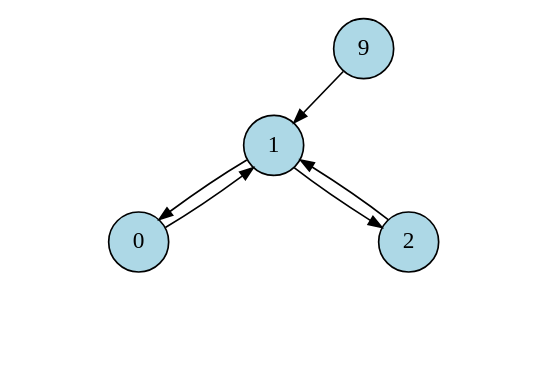
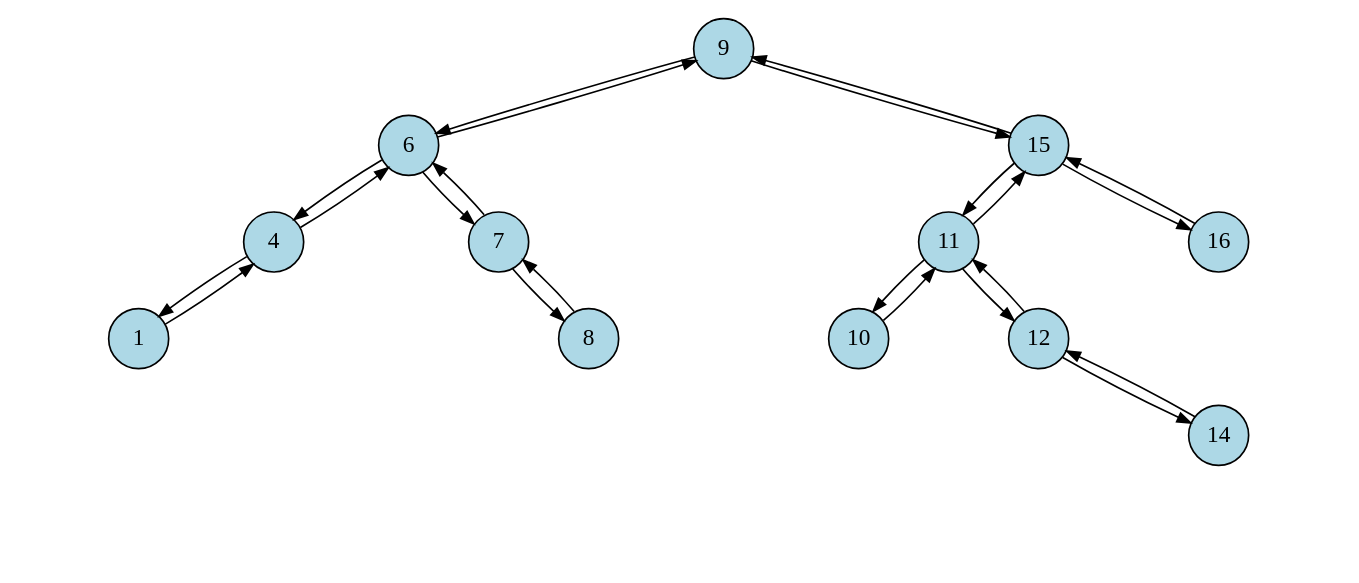
Before and after one commit to mahlen007/oopython: the diagram in kmom07/tree/tree.dot, drawn with Graphviz. The commit also changed 7 other files, not shown here.

```diff
--- a/kmom07/tree/tree.dot
+++ b/kmom07/tree/tree.dot
@@ -16,103 +16,306 @@
   color=black
 ];
 
-140643253731824 [
+139723722818032 [
   label="9"
 ];
-140643253731568 [
+139723722817936 [
+  label="6"
+];
+139723722817872 [
+  label="4"
+];
+139723722817776 [
   label="1"
 ];
-140643253731536 [
-  label="0"
-];
-140643249074352 [
+139723718065264 [
   label="i1"
   style="invis"
 ];
-140643249078192 [
+139723718058736 [
   label="i2"
   style="invis"
 ];
-140643249074032 [
+139723718056624 [
   label="i3"
   style="invis"
 ];
-140643249073200 [
+139723718060976 [
   label="i4"
   style="invis"
 ];
-140643253731600 [
-  label="2"
-];
-140643249076592 [
+139723718054000 [
   label="i5"
   style="invis"
 ];
-140643249075120 [
+139723718057136 [
   label="i6"
   style="invis"
 ];
-140643249076656 [
+139723722817968 [
+  label="7"
+];
+139723718057776 [
   label="i7"
   style="invis"
 ];
-140643249068720 [
+139723718054064 [
   label="i8"
   style="invis"
 ];
-140643249073520 [
+139723722818000 [
+  label="8"
+];
+139723718056432 [
   label="i9"
   style="invis"
 ];
-140643253731536 -> 140643253731568 [
+139723718055472 [
+  label="i10"
+  style="invis"
+];
+139723718064048 [
+  label="i11"
+  style="invis"
+];
+139723718062576 [
+  label="i12"
+  style="invis"
+];
+139723722818224 [
+  label="15"
+];
+139723722818096 [
+  label="11"
+];
+139723722818064 [
+  label="10"
+];
+139723718053936 [
+  label="i13"
+  style="invis"
+];
+139723718058224 [
+  label="i14"
+  style="invis"
+];
+139723718059504 [
+  label="i15"
+  style="invis"
+];
+139723718052400 [
+  label="i16"
+  style="invis"
+];
+139723722818128 [
+  label="12"
+];
+139723718053616 [
+  label="i17"
+  style="invis"
+];
+139723718056816 [
+  label="i18"
+  style="invis"
+];
+139723722818192 [
+  label="14"
+];
+139723718062064 [
+  label="i19"
+  style="invis"
+];
+139723718065712 [
+  label="i20"
+  style="invis"
+];
+139723718063024 [
+  label="i21"
+  style="invis"
+];
+139723718064240 [
+  label="i22"
+  style="invis"
+];
+139723722818256 [
+  label="16"
+];
+139723718051056 [
+  label="i23"
+  style="invis"
+];
+139723718062448 [
+  label="i24"
+  style="invis"
+];
+139723718063152 [
+  label="i25"
+  style="invis"
+];
+139723722817936 -> 139723722818032 [
 
 ];
-140643253731536 -> 140643249074352 [
+139723722817872 -> 139723722817936 [
+
+];
+139723722817776 -> 139723722817872 [
+
+];
+139723722817776 -> 139723718065264 [
   style="invis"
   weight="5"
 ];
-140643253731536 -> 140643249078192 [
+139723722817776 -> 139723718058736 [
   style="invis"
   weight="5"
 ];
-140643253731536 -> 140643249074032 [
+139723722817776 -> 139723718056624 [
   style="invis"
   weight="5"
 ];
-140643253731568 -> 140643253731536 [
+139723722817872 -> 139723722817776 [
 
 ];
-140643253731568 -> 140643249073200 [
+139723722817872 -> 139723718060976 [
   style="invis"
   weight="5"
 ];
-140643253731600 -> 140643253731568 [
-
-];
-140643253731600 -> 140643249076592 [
+139723722817872 -> 139723718054000 [
   style="invis"
   weight="5"
 ];
-140643253731600 -> 140643249075120 [
+139723722817936 -> 139723722817872 [
+
+];
+139723722817936 -> 139723718057136 [
   style="invis"
   weight="5"
 ];
-140643253731600 -> 140643249076656 [
+139723722817968 -> 139723722817936 [
+
+];
+139723722817968 -> 139723718057776 [
   style="invis"
   weight="5"
 ];
-140643253731568 -> 140643253731600 [
-
-];
-140643253731824 -> 140643253731568 [
-
-];
-140643253731824 -> 140643249068720 [
+139723722817968 -> 139723718054064 [
   style="invis"
   weight="5"
 ];
-140643253731824 -> 140643249073520 [
+139723722818000 -> 139723722817968 [
+
+];
+139723722818000 -> 139723718056432 [
   style="invis"
   weight="5"
 ];
+139723722818000 -> 139723718055472 [
+  style="invis"
+  weight="5"
+];
+139723722818000 -> 139723718064048 [
+  style="invis"
+  weight="5"
+];
+139723722817968 -> 139723722818000 [
+
+];
+139723722817936 -> 139723722817968 [
+
+];
+139723722818032 -> 139723722817936 [
+
+];
+139723722818032 -> 139723718062576 [
+  style="invis"
+  weight="5"
+];
+139723722818224 -> 139723722818032 [
+
+];
+139723722818096 -> 139723722818224 [
+
+];
+139723722818064 -> 139723722818096 [
+
+];
+139723722818064 -> 139723718053936 [
+  style="invis"
+  weight="5"
+];
+139723722818064 -> 139723718058224 [
+  style="invis"
+  weight="5"
+];
+139723722818064 -> 139723718059504 [
+  style="invis"
+  weight="5"
+];
+139723722818096 -> 139723722818064 [
+
+];
+139723722818096 -> 139723718052400 [
+  style="invis"
+  weight="5"
+];
+139723722818128 -> 139723722818096 [
+
+];
+139723722818128 -> 139723718053616 [
+  style="invis"
+  weight="5"
+];
+139723722818128 -> 139723718056816 [
+  style="invis"
+  weight="5"
+];
+139723722818192 -> 139723722818128 [
+
+];
+139723722818192 -> 139723718062064 [
+  style="invis"
+  weight="5"
+];
+139723722818192 -> 139723718065712 [
+  style="invis"
+  weight="5"
+];
+139723722818192 -> 139723718063024 [
+  style="invis"
+  weight="5"
+];
+139723722818128 -> 139723722818192 [
+
+];
+139723722818096 -> 139723722818128 [
+
+];
+139723722818224 -> 139723722818096 [
+
+];
+139723722818224 -> 139723718064240 [
+  style="invis"
+  weight="5"
+];
+139723722818256 -> 139723722818224 [
+
+];
+139723722818256 -> 139723718051056 [
+  style="invis"
+  weight="5"
+];
+139723722818256 -> 139723718062448 [
+  style="invis"
+  weight="5"
+];
+139723722818256 -> 139723718063152 [
+  style="invis"
+  weight="5"
+];
+139723722818224 -> 139723722818256 [
+
+];
+139723722818032 -> 139723722818224 [
+
+];
 }
```
